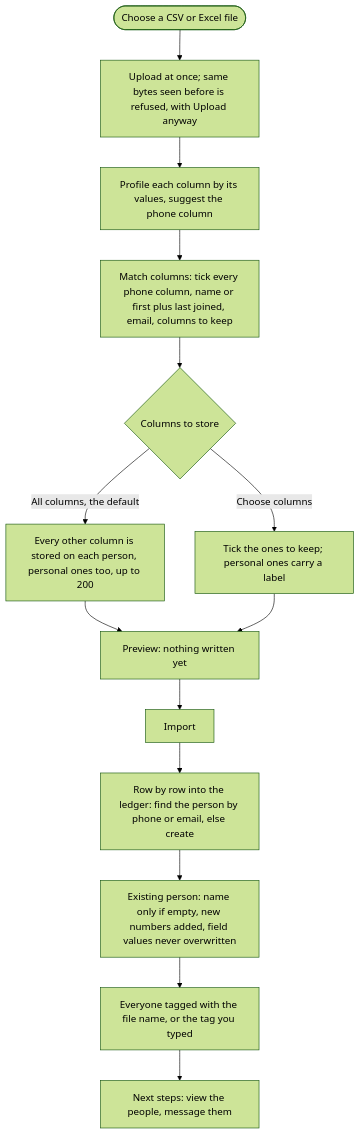
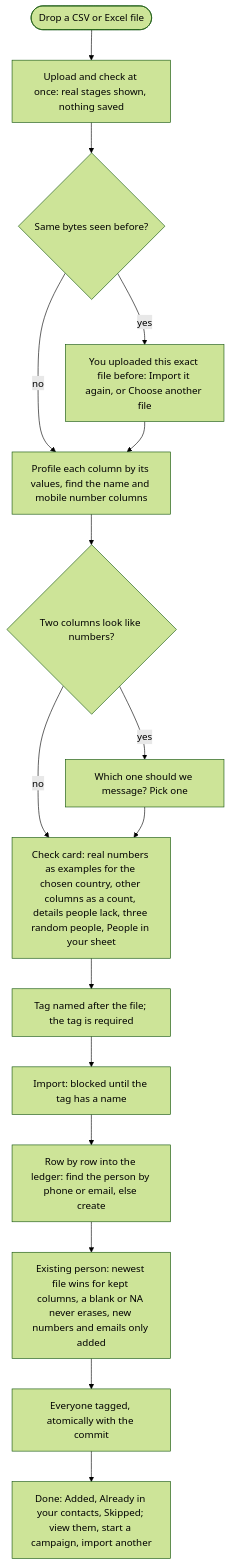
The fifth of 8 diagrams in docs/36-workflows.md (Kushalr3ddy/whatsapp-crm), drawn with Mermaid (forest theme) before and after one commit. The commit also changed other lines of this file and 12 other files, not shown here.

First line of the commit message:
Docs: feature docs, workflows, local-testing steps and HANDOFF follow the built Import, Inbox, Contacts and New campaign screens

````diff
--- a/docs/36-workflows.md
+++ b/docs/36-workflows.md
@@ -116,16 +116,18 @@
 ```mermaid
 flowchart TD
-  A([Choose a CSV or Excel file]) --> B[Upload at once; same bytes seen before is refused, with Upload anyway]
-  B --> C[Profile each column by its values, suggest the phone column]
-  C --> D[Match columns: tick every phone column, name or first plus last joined, email, columns to keep]
-  D --> E{Columns to store}
-  E -- All columns, the default --> F[Every other column is stored on each person, personal ones too, up to 200]
-  E -- Choose columns --> F2[Tick the ones to keep; personal ones carry a label]
-  F --> G[Preview: nothing written yet]
-  F2 --> G
-  G --> H[Import]
-  H --> I[Row by row into the ledger: find the person by phone or email, else create]
-  I --> J[Existing person: name only if empty, new numbers added, field values never overwritten]
-  J --> K[Everyone tagged with the file name, or the tag you typed]
-  K --> L[Next steps: view the people, message them]
+  A([Drop a CSV or Excel file]) --> B[Upload and check at once: real stages shown, nothing saved]
+  B --> B2{Same bytes seen before?}
+  B2 -- yes --> B3[You uploaded this exact file before: Import it again, or Choose another file]
+  B2 -- no --> C
+  B3 --> C[Profile each column by its values, find the name and mobile number columns]
+  C --> D{Two columns look like numbers?}
+  D -- yes --> D2[Which one should we message? Pick one]
+  D -- no --> E
+  D2 --> E[Check card: real numbers as examples for the chosen country, other columns as a count, details people lack, three random people, People in your sheet]
+  E --> F[Tag named after the file; the tag is required]
+  F --> G[Import: blocked until the tag has a name]
+  G --> H[Row by row into the ledger: find the person by phone or email, else create]
+  H --> I[Existing person: newest file wins for kept columns, a blank or NA never erases, new numbers and emails only added]
+  I --> J[Everyone tagged, atomically with the commit]
+  J --> K[Done: Added, Already in your contacts, Skipped; view them, start a campaign, import another]
 ```
````
